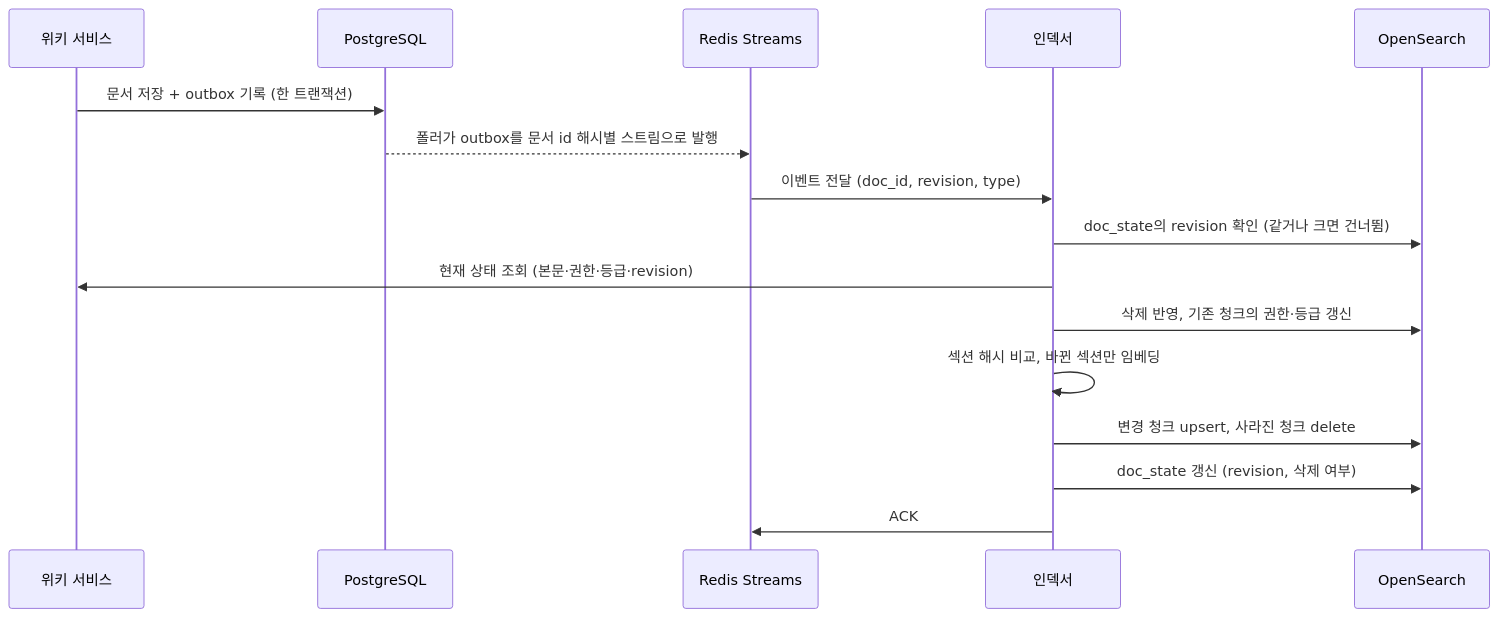
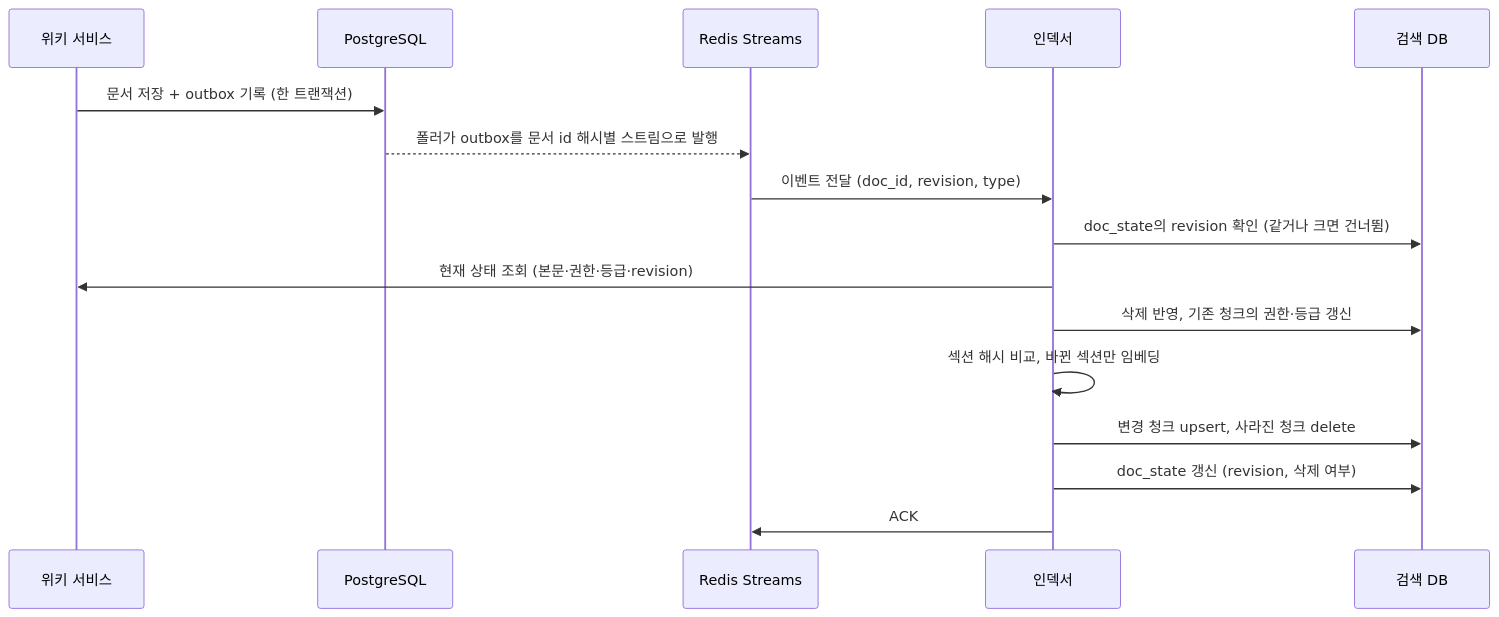
One commit to zxcv718/wiki-rag-mcp changed the second of 2 diagrams in docs/design.md. Above: the diagram before and after it, drawn with Mermaid. The commit also changed other lines of this file and 6 other files, not shown here.

````diff
--- a/docs/design.md
+++ b/docs/design.md
@@ -355,18 +370,18 @@
 ```mermaid
 sequenceDiagram
     participant W as 위키 서비스
     participant DB as PostgreSQL
     participant Q as Redis Streams
     participant I as 인덱서
-    participant S as OpenSearch
+    participant S as 검색 DB
     W->>DB: 문서 저장 + outbox 기록 (한 트랜잭션)
     DB-->>Q: 폴러가 outbox를 문서 id 해시별 스트림으로 발행
     Q->>I: 이벤트 전달 (doc_id, revision, type)
     I->>S: doc_state의 revision 확인 (같거나 크면 건너뜀)
     I->>W: 현재 상태 조회 (본문·권한·등급·revision)
     I->>S: 삭제 반영, 기존 청크의 권한·등급 갱신
     I->>I: 섹션 해시 비교, 바뀐 섹션만 임베딩
     I->>S: 변경 청크 upsert, 사라진 청크 delete
     I->>S: doc_state 갱신 (revision, 삭제 여부)
     I->>Q: ACK
 ```
````
